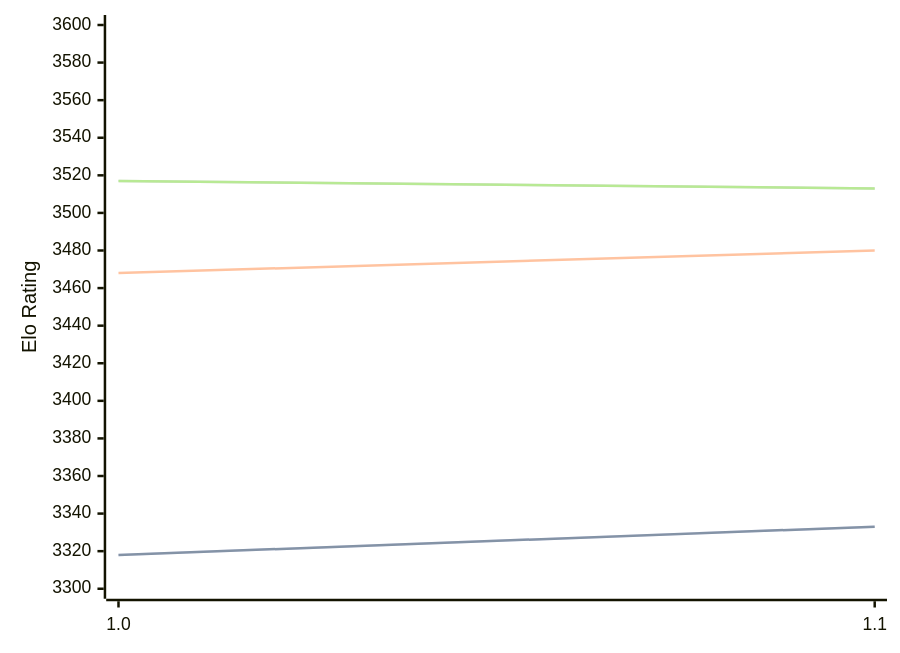
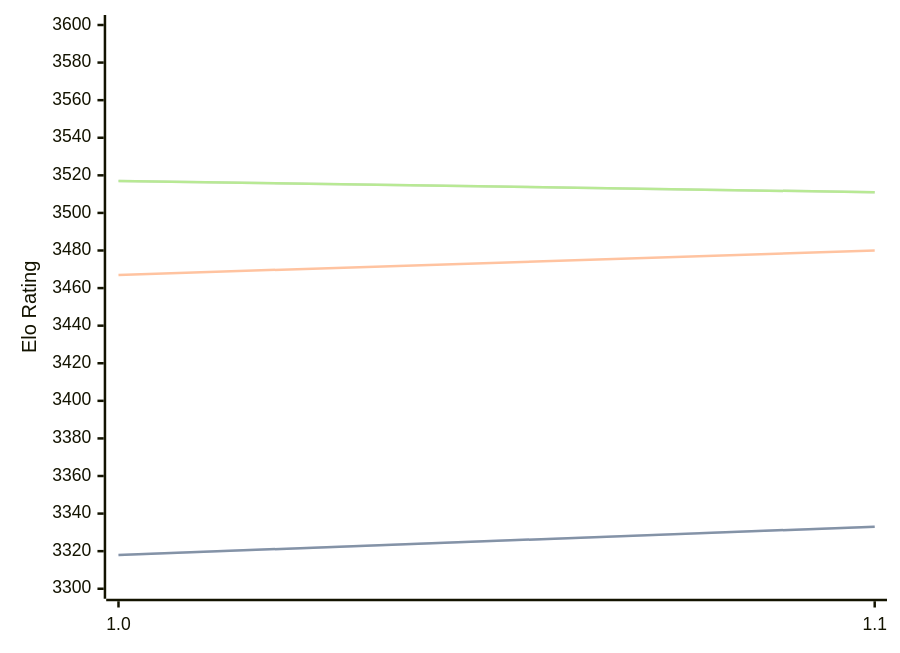
One commit to computer-chess-index/cci changed the diagram in engines/Horsie.md. Above: the diagram before and after it, drawn with Mermaid. The commit also changed other lines of this file, not shown here.

Commit message:
Update CCI Ratings (ELO VLTC) - 2026-06-10

````diff
--- a/engines/Horsie.md
+++ b/engines/Horsie.md
@@ -32,11 +32,11 @@
 ```mermaid
 %%{init: {"theme":"base","themeVariables":{"seriesColors:['#a3a3a3','#222221','#faa371']}}}%%
 xychart-beta
   x-axis ["1.0", "1.1"]
   y-axis "Elo Rating" 3300 --> 3600
   line "STC (8.0+0.08s)" [3318, 3333]
   line "STC (8.0+0.08s)" [3318, 3333]
-  line "LTC (60.0+0.60s)" [3468, 3480]
-  line "VLTC (2m24s+1.12s)" [3517, 3513]
-  line "VLTC (2m24s+1.12s)" [3517, 3513]
+  line "LTC (60.0+0.60s)" [3467, 3480]
+  line "VLTC (2m24s+1.12s)" [3517, 3511]
+  line "VLTC (2m24s+1.12s)" [3517, 3511]
 ```
````
